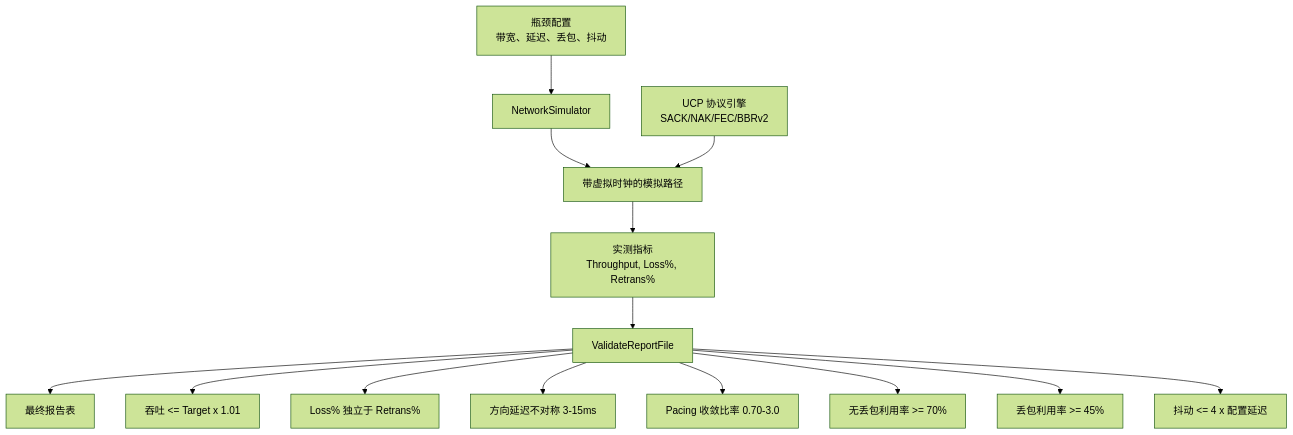
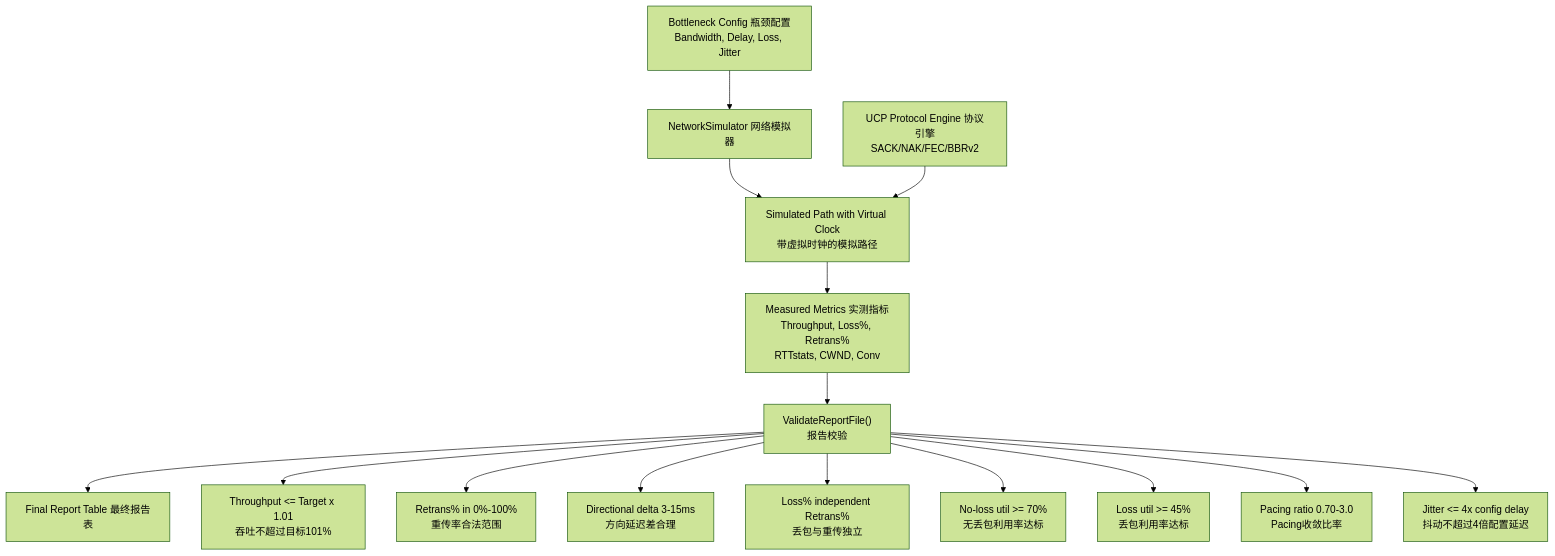
One commit to liulilittle/ucp changed the first of 4 diagrams in docs/performance_CN.md. Above: the diagram before and after it, drawn with Mermaid (forest theme). The commit also changed other lines of this file and 43 other files, not shown here.

````diff
--- a/docs/performance_CN.md
+++ b/docs/performance_CN.md
@@ -17,17 +17,18 @@
 ```mermaid
 flowchart TD
-    Config[瓶颈配置<br/>带宽、延迟、丢包、抖动] --> Sim[NetworkSimulator]
-    Sim --> Net[带虚拟时钟的模拟路径]
-    UCP[UCP 协议引擎<br/>SACK/NAK/FEC/BBRv2] --> Net
-    Net --> Metrics[实测指标<br/>Throughput, Loss%, Retrans%]
-    Metrics --> Validate[ValidateReportFile]
-    Validate --> Report[最终报告表]
-
-    Validate --> Check1[吞吐 <= Target x 1.01]
-    Validate --> Check2[Loss% 独立于 Retrans%]
-    Validate --> Check3[方向延迟不对称 3-15ms]
-    Validate --> Check4[Pacing 收敛比率 0.70-3.0]
-    Validate --> Check5[无丢包利用率 >= 70%]
-    Validate --> Check6[丢包利用率 >= 45%]
-    Validate --> Check7[抖动 <= 4 x 配置延迟]
+    Config["Bottleneck Config 瓶颈配置<br/>Bandwidth, Delay, Loss, Jitter"] --> Sim["NetworkSimulator 网络模拟器"]
+    Sim --> Net["Simulated Path with Virtual Clock<br/>带虚拟时钟的模拟路径"]
+    UCP["UCP Protocol Engine 协议引擎<br/>SACK/NAK/FEC/BBRv2"] --> Net
+    Net --> Metrics["Measured Metrics 实测指标<br/>Throughput, Loss%, Retrans%<br/>RTTstats, CWND, Conv"]
+    Metrics --> Validate["ValidateReportFile()<br/>报告校验"]
+    Validate --> Report["Final Report Table 最终报告表"]
+    
+    Validate --> Check1["Throughput <= Target x 1.01<br/>吞吐不超过目标101%"]
+    Validate --> Check2["Retrans% in 0%-100%<br/>重传率合法范围"]
+    Validate --> Check3["Directional delta 3-15ms<br/>方向延迟差合理"]
+    Validate --> Check4["Loss% independent Retrans%<br/>丢包与重传独立"]
+    Validate --> Check5["No-loss util >= 70%<br/>无丢包利用率达标"]
+    Validate --> Check6["Loss util >= 45%<br/>丢包利用率达标"]
+    Validate --> Check7["Pacing ratio 0.70-3.0<br/>Pacing收敛比率"]
+    Validate --> Check8["Jitter <= 4x config delay<br/>抖动不超过4倍配置延迟"]
 ```
````
